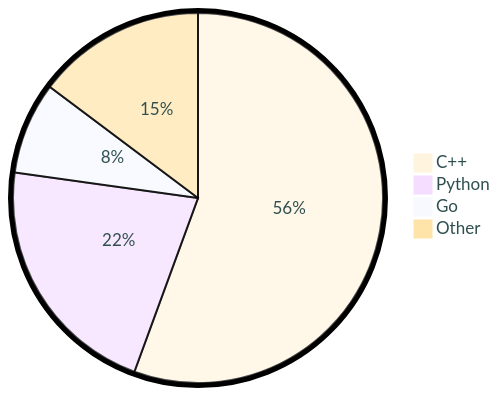
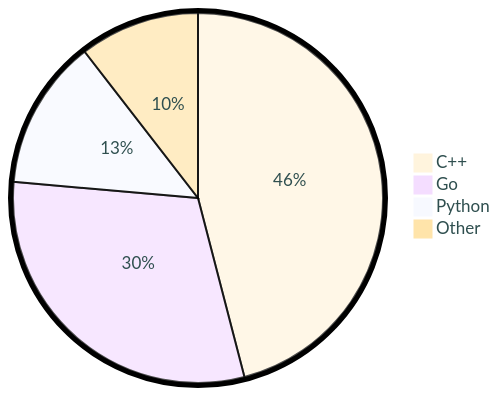
Before and after one commit to tot0p/tot0p: the diagram in README.md, drawn with Mermaid. The commit also changed other lines of this file, not shown here.

````diff
--- a/README.md
+++ b/README.md
@@ -84,8 +83,8 @@
 ```mermaid
 %%{init: {"pie": {"textPosition": 0.5}, "themeVariables": {"pieOuterStrokeWidth": "5px","primaryTextColor" : "#2F4F4F"},"theme":"base"} }%%
 pie
-	"C++": 55.59
-	"Python": 21.62
-	"Go": 8.04
-	"Other": 14.76
+	"C++": 45.96
+	"Go": 30.43
+	"Python": 13.12
+	"Other": 10.49
 ```
````
